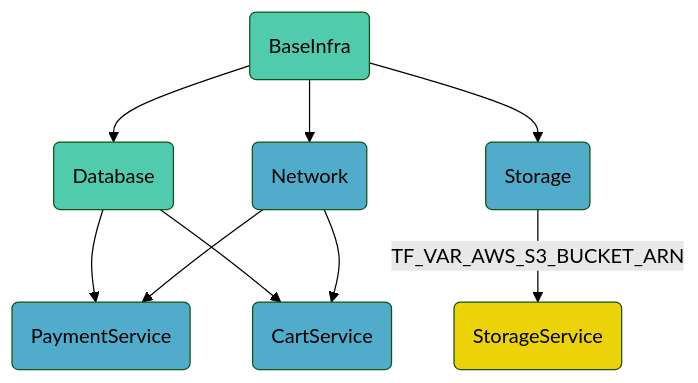
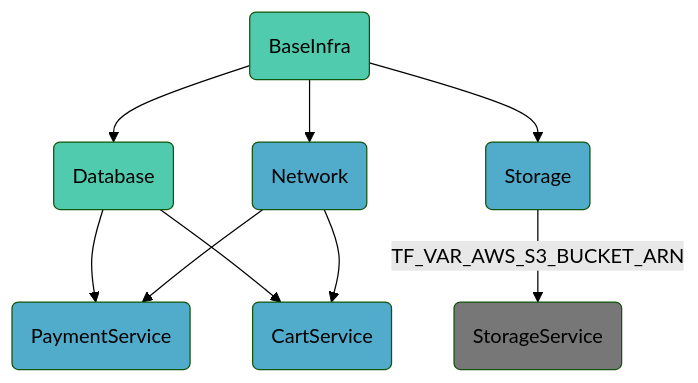
One commit to spacelift-io/user-documentation changed the ninth of 9 diagrams in docs/concepts/stack/stack-dependencies.md. Above: the diagram before and after it, drawn with Mermaid (forest theme). The commit also changed other lines of this file and 10 other files, not shown here.

````diff
--- a/docs/concepts/stack/stack-dependencies.md
+++ b/docs/concepts/stack/stack-dependencies.md
@@ -257,19 +241,19 @@
 ```mermaid
 graph TD;
     baseInfraColor(BaseInfra)-->databaseColor(Database);
     baseInfraColor(BaseInfra)-->networkColor(Network);
     baseInfraColor(BaseInfra)-->storageColor(Storage);
     databaseColor(Database)-->paymentSvcColor(PaymentService);
     networkColor(Network)-->paymentSvcColor(PaymentService);
     databaseColor(Database)-->cartSvcColor(CartService);
     networkColor(Network)-->cartSvcColor(CartService);
     storageColor(Storage)-->|TF_VAR_AWS_S3_BUCKET_ARN|storageSvcColor(StorageService);
 
     style baseInfraColor fill:#51cbad
     style networkColor fill:#51abcb
     style paymentSvcColor fill:#51abcb
     style cartSvcColor fill:#51abcb
     style storageColor fill:#51abcb
     style databaseColor fill:#51cbad
-    style storageSvcColor fill:#ecd309
+    style storageSvcColor fill:#777777
 ```
````
